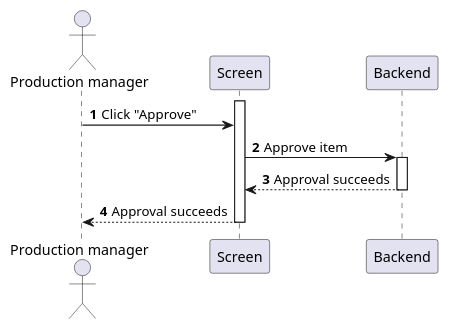
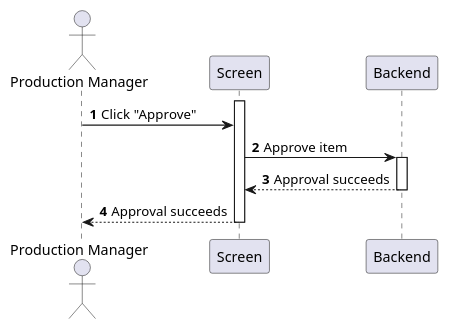
Before and after one commit to phihungha/scmss-reqs: the diagram in sequences/production-order-approve.plantuml, drawn with PlantUML. The commit also changed 43 other files, not shown here.

```diff
--- a/sequences/production-order-approve.plantuml
+++ b/sequences/production-order-approve.plantuml
@@ -1,15 +1,15 @@
 @startuml production-order-approve
 autonumber
 
-actor "Production manager" as a
+actor "Production Manager" as a
 participant Screen as f
 participant Backend as b
 
 activate f
 a -> f : Click "Approve"
 f -> b : Approve item
 activate b
 return Approval succeeds
 f --> a : Approval succeeds
 deactivate f
 @enduml
```
